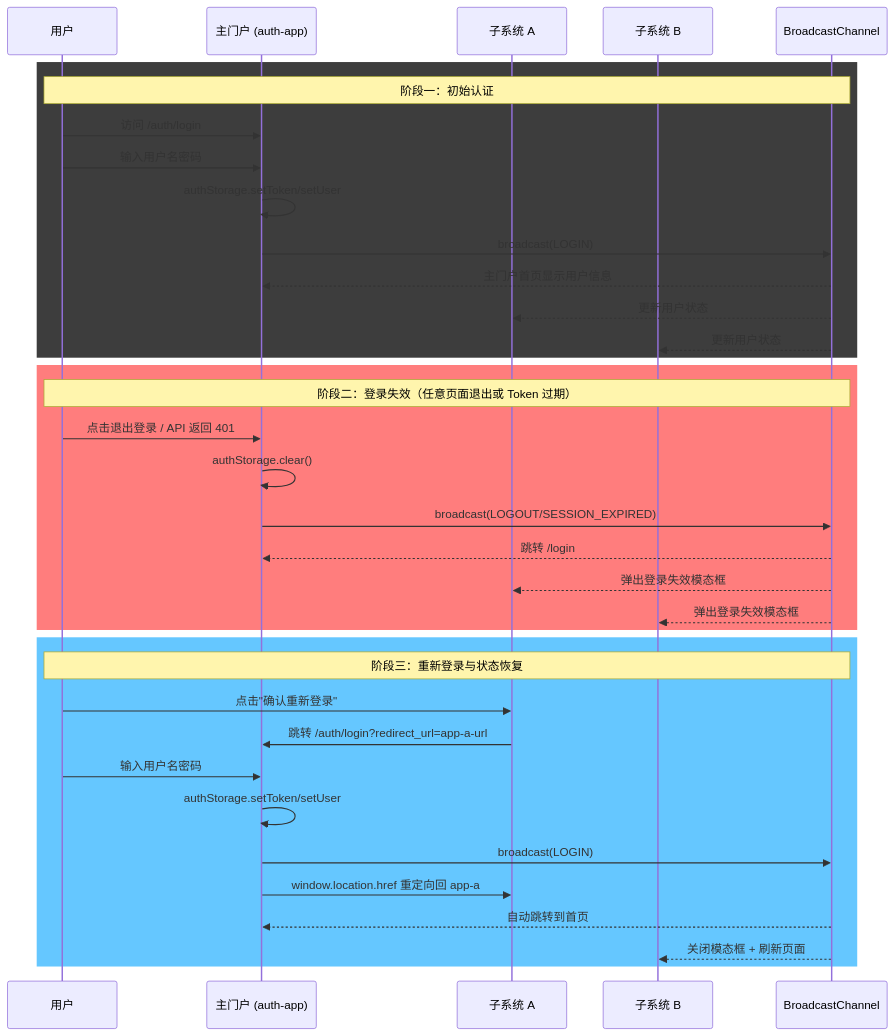
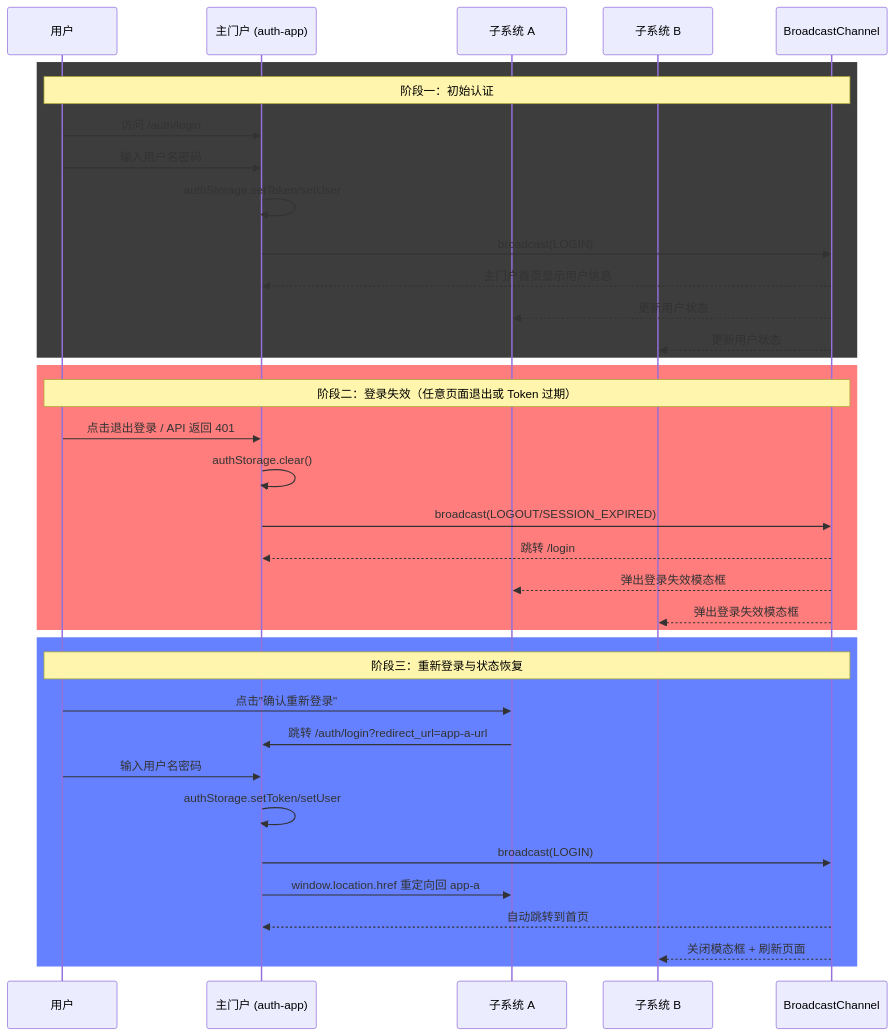
The diagram in README.md (Sogrey/UniPortal), drawn with Mermaid before and after one commit.

Commit message:
docs(readme): 添加认证 Mermaid 流程图和项目文档

````diff
--- a/README.md
+++ b/README.md
@@ -112,41 +112,41 @@
 ```mermaid
 sequenceDiagram
     participant User as 用户
     participant Auth as 主门户 (auth-app)
     participant AppA as 子系统 A
     participant AppB as 子系统 B
     participant Channel as BroadcastChannel
 
     rect rgba(61, 61, 61, 1)
     Note over User,Channel: 阶段一：初始认证
     User->>Auth: 访问 /auth/login
     User->>Auth: 输入用户名密码
     Auth->>Auth: authStorage.setToken/setUser
     Auth->>Channel: broadcast(LOGIN)
     Channel-->>Auth: 主门户首页显示用户信息
     Channel-->>AppA: 更新用户状态
     Channel-->>AppB: 更新用户状态
     end
 
     rect rgba(255, 125, 125, 1)
     Note over User,Channel: 阶段二：登录失效（任意页面退出或 Token 过期）
     User->>Auth: 点击退出登录 / API 返回 401
     Auth->>Auth: authStorage.clear()
     Auth->>Channel: broadcast(LOGOUT/SESSION_EXPIRED)
     Channel-->>Auth: 跳转 /login
     Channel-->>AppA: 弹出登录失效模态框
     Channel-->>AppB: 弹出登录失效模态框
     end
 
-    rect rgba(101, 199, 255, 1)
+    rect rgba(101, 129, 255, 1)
     Note over User,Channel: 阶段三：重新登录与状态恢复
     User->>AppA: 点击"确认重新登录"
     AppA->>Auth: 跳转 /auth/login?redirect_url=app-a-url
     User->>Auth: 输入用户名密码
     Auth->>Auth: authStorage.setToken/setUser
     Auth->>Channel: broadcast(LOGIN)
     Auth->>AppA: window.location.href 重定向回 app-a
     Channel-->>Auth: 自动跳转到首页
     Channel-->>AppB: 关闭模态框 + 刷新页面
     end
 ```
````
